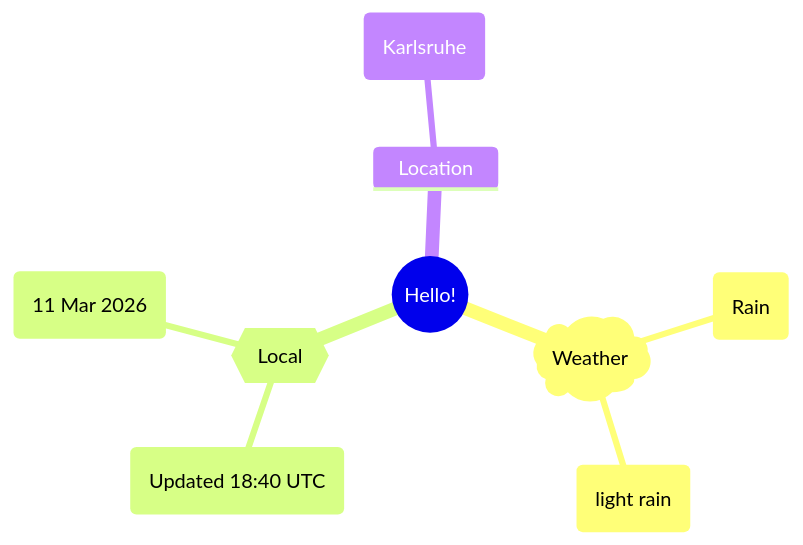
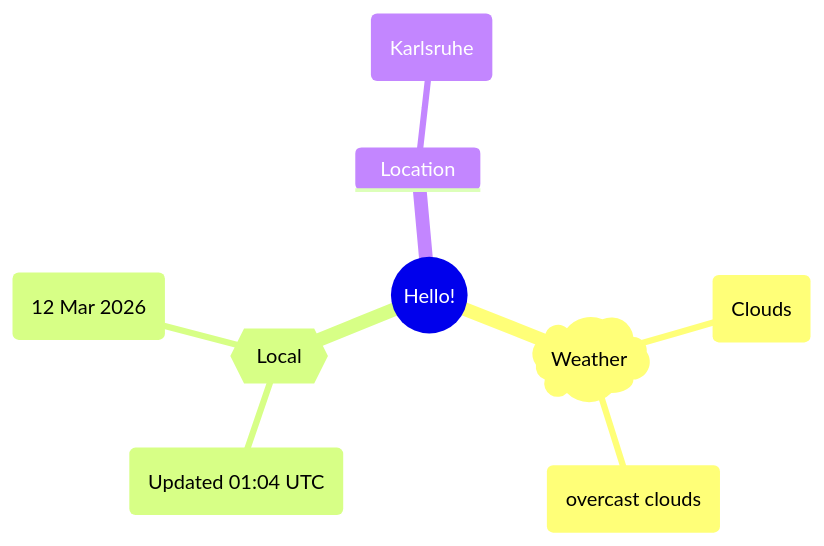
The first of 2 diagrams in README.md (Xosrov/Xosrov), drawn with Mermaid before and after one commit.

Commit message:
[bot] updated images

````diff
--- a/README.md
+++ b/README.md
@@ -3,12 +3,12 @@
 ```mermaid
 mindmap
   root((Hello!))
     )Weather(
-        (Rain)
-        (light rain)
+        (Clouds)
+        (overcast clouds)
     {{Local}}
-        (Updated 18:40 UTC)
-        (11 Mar 2026)
+        (Updated 01:04 UTC)
+        (12 Mar 2026)
     Location
         (Karlsruhe)
 ```
````
